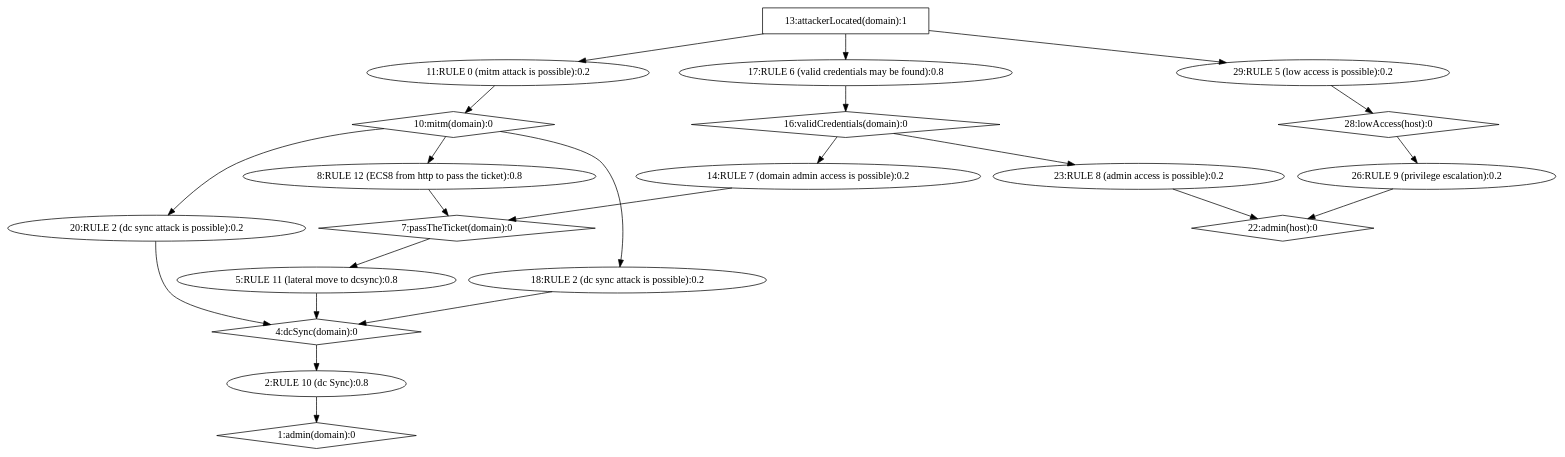
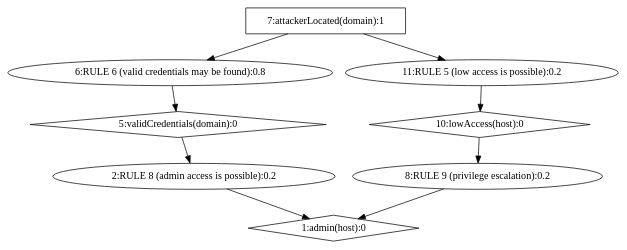
Before and after one commit to NathanaeldeLaChesnais/attacker_profiling_for_BAG_with_honeypots: the diagram in Personnal_simulations/output_selection/attack_paths/ag-reduced.dot, drawn with Graphviz. The commit also changed 23 other files, not shown here.

```diff
--- a/Personnal_simulations/output_selection/attack_paths/ag-reduced.dot
+++ b/Personnal_simulations/output_selection/attack_paths/ag-reduced.dot
@@ -1,43 +1,18 @@
 strict digraph G {
-  1 [ label="1:admin(domain):0" shape="diamond" CVE="null" ];
-  2 [ label="2:RULE 10 (dc Sync):0.8" shape="ellipse" CVE="'CVE-0000-1'" ];
-  3 [ label="4:dcSync(domain):0" shape="diamond" CVE="null" ];
-  4 [ label="5:RULE 11 (lateral move to dcsync):0.8" shape="ellipse" CVE="'CVE-0000-2'" ];
-  5 [ label="7:passTheTicket(domain):0" shape="diamond" CVE="null" ];
-  6 [ label="8:RULE 12 (ECS8 from http to pass the ticket):0.8" shape="ellipse" CVE="'CVE-0000-3'" ];
-  7 [ label="10:mitm(domain):0" shape="diamond" CVE="null" ];
-  8 [ label="11:RULE 0 (mitm attack is possible):0.2" shape="ellipse" CVE="'CVE-2022-26925'" ];
-  9 [ label="13:attackerLocated(domain):1" shape="box" CVE="null" ];
-  10 [ label="14:RULE 7 (domain admin access is possible):0.2" shape="ellipse" CVE="'CVE-2021-42287'" ];
-  11 [ label="16:validCredentials(domain):0" shape="diamond" CVE="null" ];
-  12 [ label="17:RULE 6 (valid credentials may be found):0.8" shape="ellipse" CVE="null" ];
-  13 [ label="18:RULE 2 (dc sync attack is possible):0.2" shape="ellipse" CVE="'CVE-2019-1040'" ];
-  14 [ label="20:RULE 2 (dc sync attack is possible):0.2" shape="ellipse" CVE="'CVE-2020-1472'" ];
-  15 [ label="22:admin(host):0" shape="diamond" CVE="null" ];
-  16 [ label="23:RULE 8 (admin access is possible):0.2" shape="ellipse" CVE="'CVE-2019-0724'" ];
-  17 [ label="26:RULE 9 (privilege escalation):0.2" shape="ellipse" CVE="'CVE-2020-0796'" ];
-  18 [ label="28:lowAccess(host):0" shape="diamond" CVE="null" ];
-  19 [ label="29:RULE 5 (low access is possible):0.2" shape="ellipse" CVE="'CVE-2021-44228'" ];
-  9 -> 8 [ color="black" ];
+  1 [ label="1:admin(host):0" shape="diamond" CVE="null" ];
+  2 [ label="2:RULE 8 (admin access is possible):0.2" shape="ellipse" CVE="'CVE-2019-0724'" ];
+  3 [ label="5:validCredentials(domain):0" shape="diamond" CVE="null" ];
+  4 [ label="6:RULE 6 (valid credentials may be found):0.8" shape="ellipse" CVE="null" ];
+  5 [ label="7:attackerLocated(domain):1" shape="box" CVE="null" ];
+  6 [ label="8:RULE 9 (privilege escalation):0.2" shape="ellipse" CVE="'CVE-2020-0796'" ];
+  7 [ label="10:lowAccess(host):0" shape="diamond" CVE="null" ];
+  8 [ label="11:RULE 5 (low access is possible):0.2" shape="ellipse" CVE="'CVE-2021-44228'" ];
+  5 -> 4 [ color="black" ];
+  4 -> 3 [ color="black" ];
+  3 -> 2 [ color="black" ];
+  2 -> 1 [ color="black" ];
+  5 -> 8 [ color="black" ];
   8 -> 7 [ color="black" ];
   7 -> 6 [ color="black" ];
-  6 -> 5 [ color="black" ];
-  9 -> 12 [ color="black" ];
-  12 -> 11 [ color="black" ];
-  11 -> 10 [ color="black" ];
-  10 -> 5 [ color="black" ];
-  5 -> 4 [ color="black" ];
-  4 -> 3 [ color="black" ];
-  7 -> 13 [ color="black" ];
-  13 -> 3 [ color="black" ];
-  7 -> 14 [ color="black" ];
-  14 -> 3 [ color="black" ];
-  3 -> 2 [ color="black" ];
-  2 -> 1 [ color="black" ];
-  11 -> 16 [ color="black" ];
-  16 -> 15 [ color="black" ];
-  9 -> 19 [ color="black" ];
-  19 -> 18 [ color="black" ];
-  18 -> 17 [ color="black" ];
-  17 -> 15 [ color="black" ];
+  6 -> 1 [ color="black" ];
 }
```
